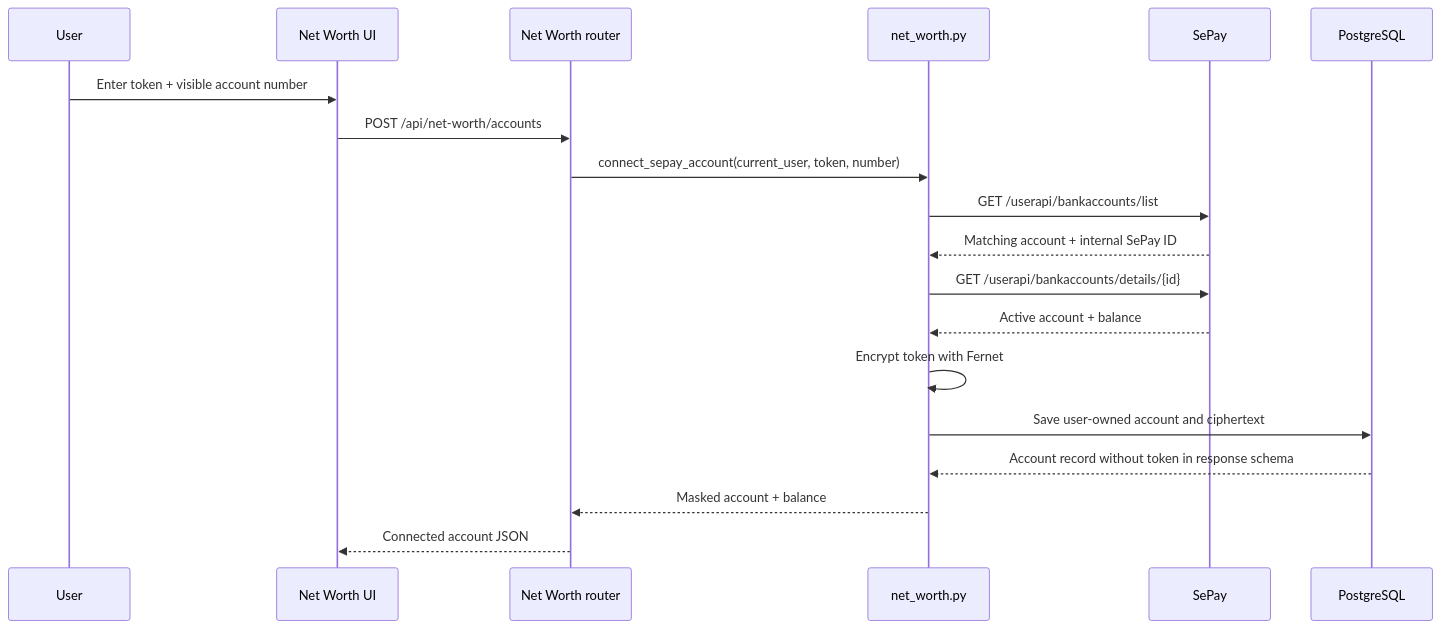
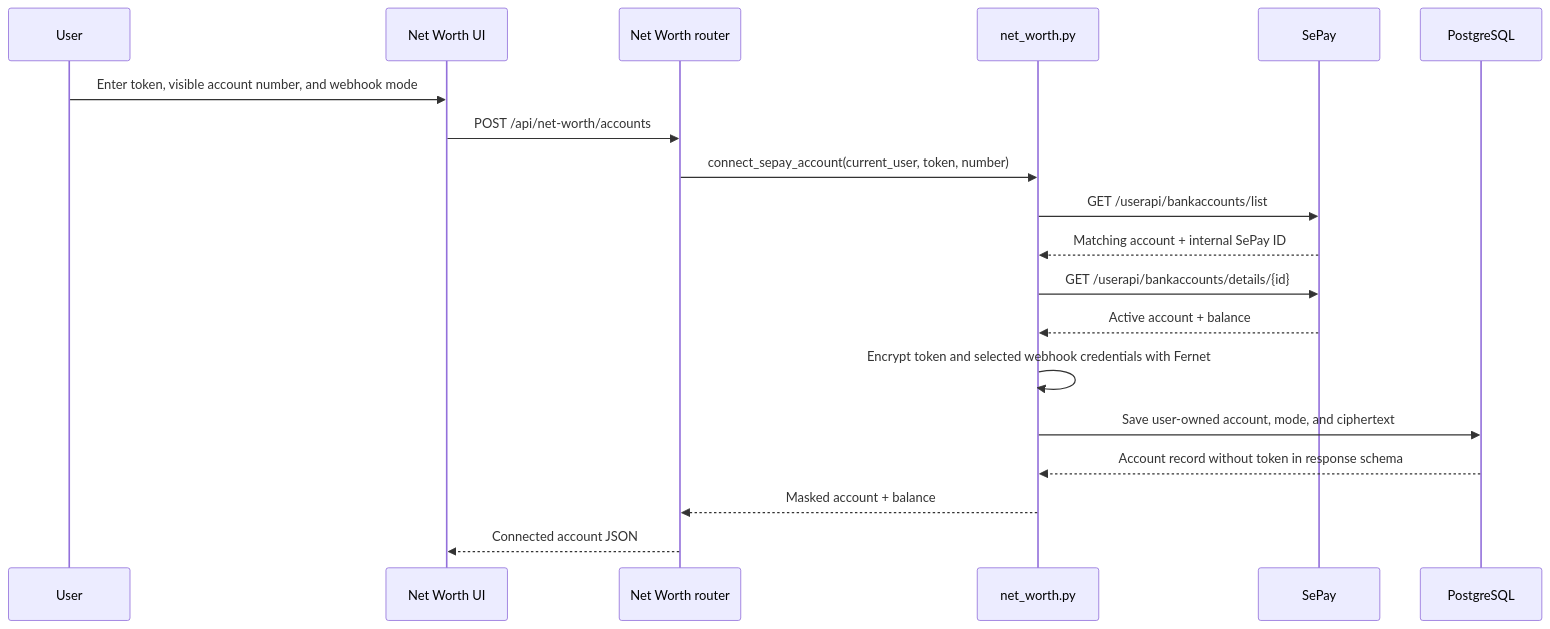
Before and after one commit to st-mich43l/apexvoid-ledger: the fifth of 10 diagrams in docs/ARCHITECTURE.md, drawn with Mermaid. The commit also changed other lines of this file and 3 other files, not shown here.

````diff
--- a/docs/ARCHITECTURE.md
+++ b/docs/ARCHITECTURE.md
@@ -207,22 +216,22 @@
 ```mermaid
 sequenceDiagram
     participant User
     participant UI as Net Worth UI
     participant API as Net Worth router
     participant Service as net_worth.py
     participant SePay
     participant DB as PostgreSQL
 
-    User->>UI: Enter token + visible account number
+    User->>UI: Enter token, visible account number, and webhook mode
     UI->>API: POST /api/net-worth/accounts
     API->>Service: connect_sepay_account(current_user, token, number)
     Service->>SePay: GET /userapi/bankaccounts/list
     SePay-->>Service: Matching account + internal SePay ID
     Service->>SePay: GET /userapi/bankaccounts/details/{id}
     SePay-->>Service: Active account + balance
-    Service->>Service: Encrypt token with Fernet
-    Service->>DB: Save user-owned account and ciphertext
+    Service->>Service: Encrypt token and selected webhook credentials with Fernet
+    Service->>DB: Save user-owned account, mode, and ciphertext
     DB-->>Service: Account record without token in response schema
     Service-->>API: Masked account + balance
     API-->>UI: Connected account JSON
 ```
````
